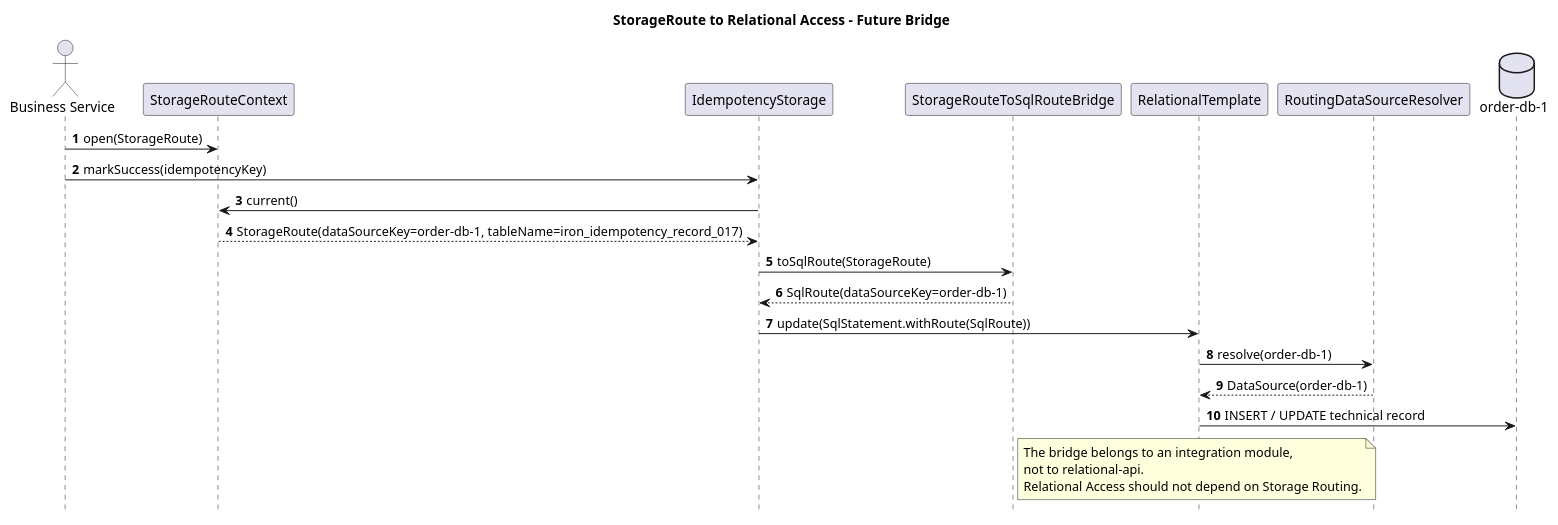
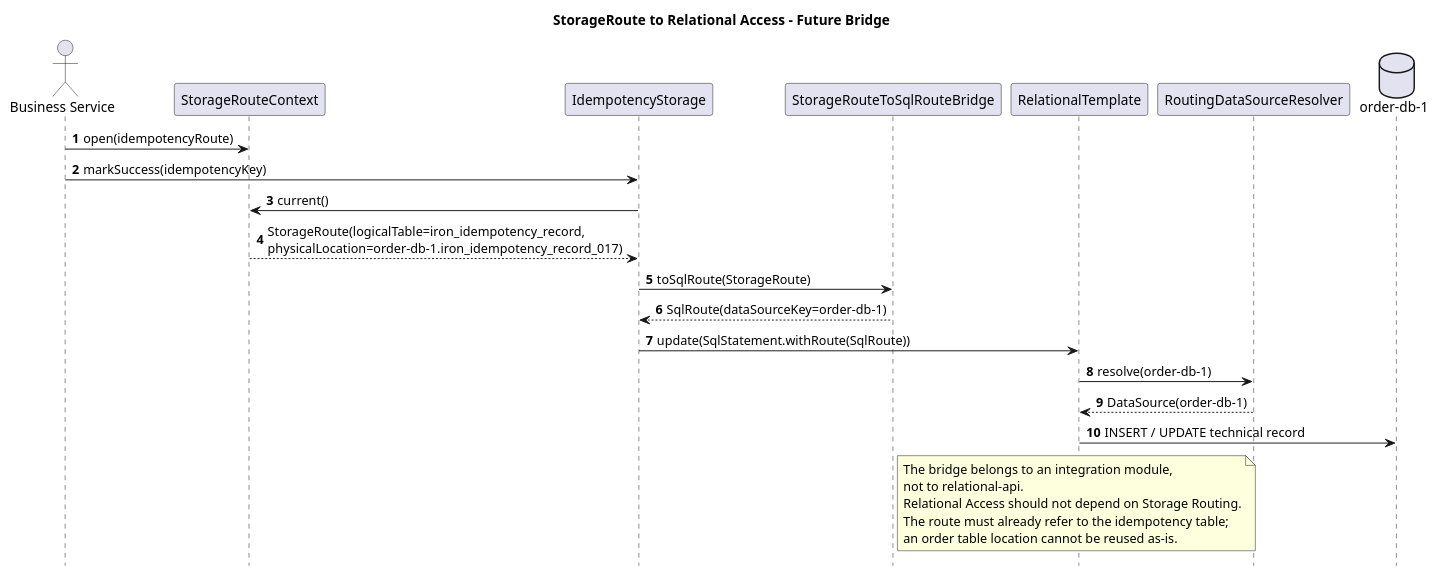
The diagram in component/storage-routing-component/docs/sequence/02-storage-route-to-relational-access.puml (pbxjtumse/iron-components-java), drawn with PlantUML before and after one commit. The commit also changed 25 other files, not shown here.

First line of the commit message:
refactor(storage-routing): unify StorageRoute model and resolver pipeline

```diff
--- a/component/storage-routing-component/docs/sequence/02-storage-route-to-relational-access.puml
+++ b/component/storage-routing-component/docs/sequence/02-storage-route-to-relational-access.puml
@@ -1,36 +1,38 @@
 @startuml
 title StorageRoute to Relational Access - Future Bridge
 
 autonumber
 skinparam shadowing false
 hide footbox
 
 actor "Business Service" as Service
 participant "StorageRouteContext" as Context
 participant "IdempotencyStorage" as Idem
 participant "StorageRouteToSqlRouteBridge" as Bridge
 participant "RelationalTemplate" as Template
 participant "RoutingDataSourceResolver" as Resolver
 database "order-db-1" as DB1
 
-Service -> Context : open(StorageRoute)
+Service -> Context : open(idempotencyRoute)
 Service -> Idem : markSuccess(idempotencyKey)
 
 Idem -> Context : current()
-Context --> Idem : StorageRoute(dataSourceKey=order-db-1, tableName=iron_idempotency_record_017)
+Context --> Idem : StorageRoute(logicalTable=iron_idempotency_record,\nphysicalLocation=order-db-1.iron_idempotency_record_017)
 
 Idem -> Bridge : toSqlRoute(StorageRoute)
 Bridge --> Idem : SqlRoute(dataSourceKey=order-db-1)
 
 Idem -> Template : update(SqlStatement.withRoute(SqlRoute))
 Template -> Resolver : resolve(order-db-1)
 Resolver --> Template : DataSource(order-db-1)
 Template -> DB1 : INSERT / UPDATE technical record
 
 note right of Bridge
 The bridge belongs to an integration module,
 not to relational-api.
 Relational Access should not depend on Storage Routing.
+The route must already refer to the idempotency table;
+an order table location cannot be reused as-is.
 end note
 
 @enduml
```
